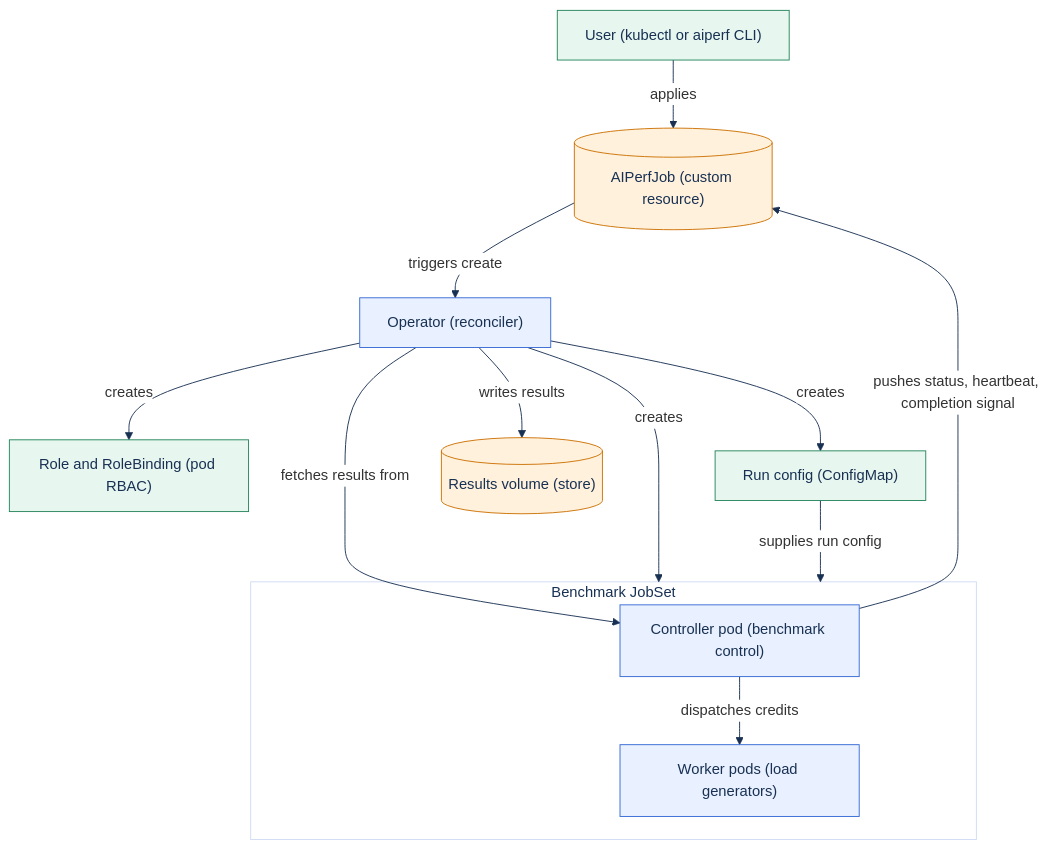
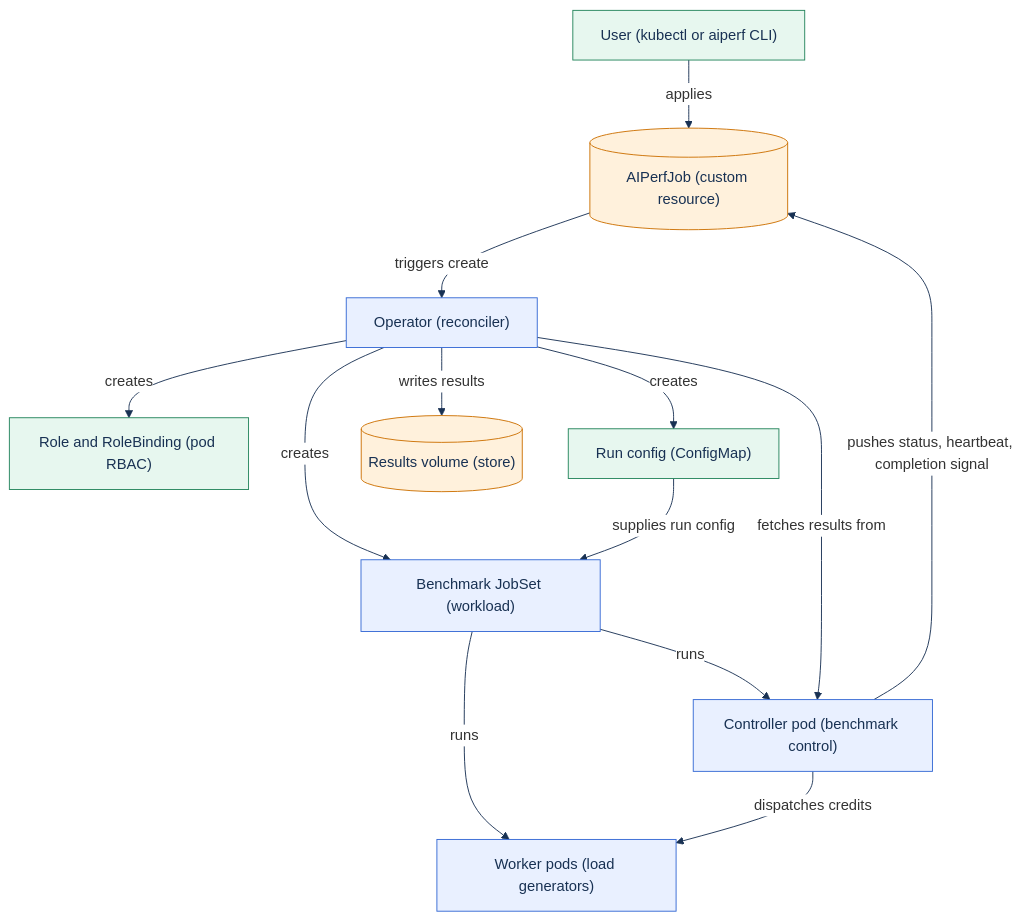
The second of 8 diagrams in docs/kubernetes/operator.md (ai-dynamo/aiperf), drawn with Mermaid before and after one commit. The commit also changed other lines of this file, not shown here.

First line of the commit message:
docs(kubernetes): fix diagram layout defects found in render readback

````diff
--- a/docs/kubernetes/operator.md
+++ b/docs/kubernetes/operator.md
@@ -102,39 +103,41 @@
 ```mermaid
 ---
 config:
   theme: base
   look: classic
   themeVariables:
     lineColor: '#183153'
     nodeTextColor: '#183153'
     edgeLabelBackground: '#FFFFFF'
     clusterBkg: '#FFFFFF'
     titleColor: '#183153'
+    fontFamily: 'Arial, Helvetica, sans-serif'
 ---
 flowchart TB
   accTitle: Resource flowchart for one AIPerfJob benchmark
   accDescr: The operator provisions RBAC, a run config, and a JobSet. The controller pod reports back through the AIPerfJob, and the operator fetches results from it.
   classDef src fill:#E7F7EF,stroke:#23845B,color:#183153
   classDef stage fill:#E9F0FF,stroke:#3468D4,color:#183153
   classDef store fill:#FFF1DC,stroke:#CC7000,color:#183153
   user["User (kubectl or aiperf CLI)"]:::src
   cr[("AIPerfJob (custom resource)")]:::store
   op["Operator (reconciler)"]:::stage
   rbac["Role and RoleBinding (pod RBAC)"]:::src
   cfg["Run config (ConfigMap)"]:::src
-  subgraph js["Benchmark JobSet"]
-    ctrl["Controller pod (benchmark control)"]:::stage
-    wk["Worker pods (load generators)"]:::stage
-  end
+  js["Benchmark JobSet (workload)"]:::stage
+  ctrl["Controller pod (benchmark control)"]:::stage
+  wk["Worker pods (load generators)"]:::stage
   vol[("Results volume (store)")]:::store
   user -->|applies| cr
   cr -->|triggers create| op
   op -->|creates| rbac
   op -->|creates| cfg
   op -->|creates| js
   cfg -->|supplies run config| js
+  js -->|runs| ctrl
+  js -->|runs| wk
   ctrl -->|dispatches credits| wk
   ctrl -->|pushes status, heartbeat, completion signal| cr
   op -->|fetches results from| ctrl
   op -->|writes results| vol
 ```
````
